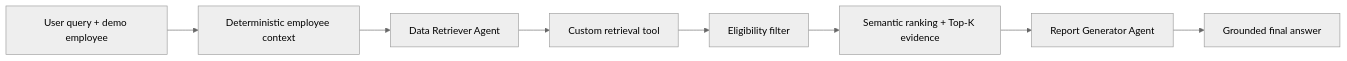
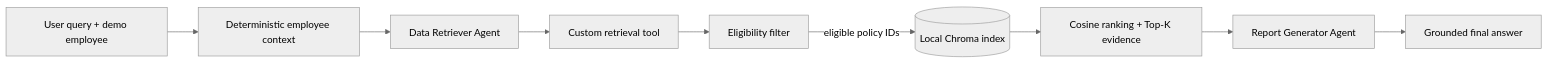
Before and after one commit to Patipat-Panyasukum/bbl-agentic-rag-PatipatPa: the diagram in README.md, drawn with Mermaid (neutral theme). The commit also changed other lines of this file and 39 other files, not shown here.

````diff
--- a/README.md
+++ b/README.md
@@ -15,10 +15,11 @@
 ```mermaid
 flowchart LR
     U[User query + demo employee] --> C[Deterministic employee context]
     C --> A[Data Retriever Agent]
     A --> T[Custom retrieval tool]
     T --> F[Eligibility filter]
-    F --> S[Semantic ranking + Top-K evidence]
+    F -->|eligible policy IDs| V[(Local Chroma index)]
+    V --> S[Cosine ranking + Top-K evidence]
     S --> R[Report Generator Agent]
     R --> O[Grounded final answer]
 ```
````
